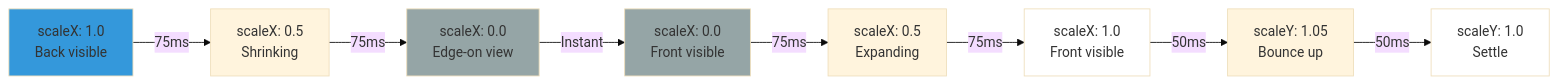
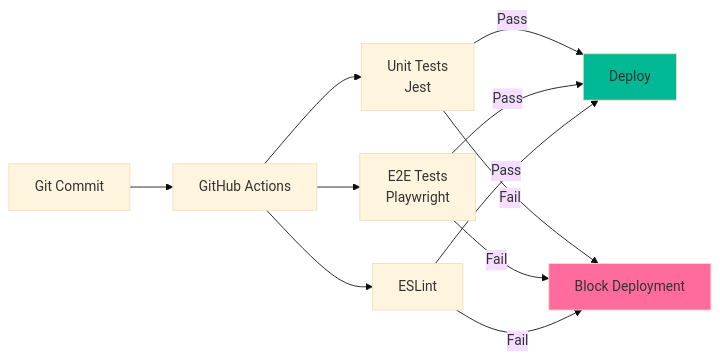
One commit to corey-rosamond/ADHDLearn.com changed the diagram in .ai/phases/phase-34/UML.md. Above: the diagram before and after it, drawn with Mermaid (base theme). The commit also changed other lines of this file and 218 other files, not shown here.

````diff
--- a/.ai/phases/phase-34/UML.md
+++ b/.ai/phases/phase-34/UML.md
@@ -406,16 +12,18 @@
 ```mermaid
 graph LR
-    A[scaleX: 1.0<br/>Back visible] -->|75ms| B[scaleX: 0.5<br/>Shrinking]
-    B -->|75ms| C[scaleX: 0.0<br/>Edge-on view]
-    C -->|Instant| D[scaleX: 0.0<br/>Front visible]
-    D -->|75ms| E[scaleX: 0.5<br/>Expanding]
-    E -->|75ms| F[scaleX: 1.0<br/>Front visible]
-    F -->|50ms| G[scaleY: 1.05<br/>Bounce up]
-    G -->|50ms| H[scaleY: 1.0<br/>Settle]
-
-    style A fill:#3498db
-    style C fill:#95a5a6
-    style D fill:#95a5a6
-    style F fill:#ffffff
-    style H fill:#ffffff
+    Commit[Git Commit] --> CI[GitHub Actions]
+    CI --> UnitTests[Unit Tests<br/>Jest]
+    CI --> E2ETests[E2E Tests<br/>Playwright]
+    CI --> Lint[ESLint]
+    
+    UnitTests -->|Pass| Deploy[Deploy]
+    E2ETests -->|Pass| Deploy
+    Lint -->|Pass| Deploy
+    
+    UnitTests -->|Fail| Block[Block Deployment]
+    E2ETests -->|Fail| Block
+    Lint -->|Fail| Block
+    
+    style Deploy fill:#00B894
+    style Block fill:#FF6B9D
 ```
````
